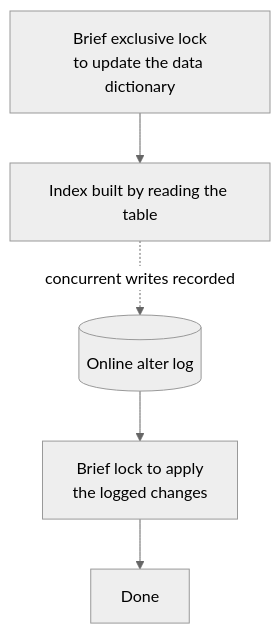
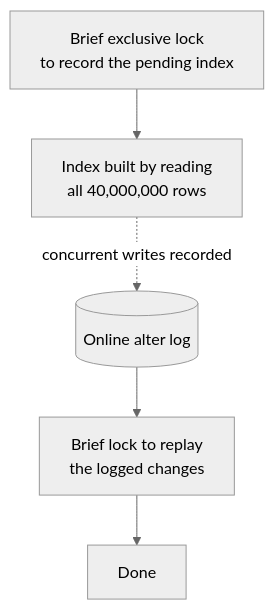
Before and after one commit to Dummy-Bug/system-design-handbook: the second of 2 diagrams in Backend Engineering/16-Scaling-Reads/08-Hash-Indexes.md, drawn with Mermaid (neutral theme). The commit also changed other lines of this file and 10 other files, not shown here.

````diff
--- a/Backend Engineering/16-Scaling-Reads/08-Hash-Indexes.md
+++ b/Backend Engineering/16-Scaling-Reads/08-Hash-Indexes.md
@@ -48,7 +231,7 @@
 ```mermaid
 flowchart TB
-    S["Brief exclusive lock<br/>to update the data dictionary"] --> B["Index built by reading the table"]
+    S["Brief exclusive lock<br/>to record the pending index"] --> B["Index built by reading<br/>all 40,000,000 rows"]
     B -. "concurrent writes recorded" .-> L[("Online alter log")]
-    L --> A["Brief lock to apply<br/>the logged changes"]
+    L --> A["Brief lock to replay<br/>the logged changes"]
     A --> D["Done"]
 ```
````
